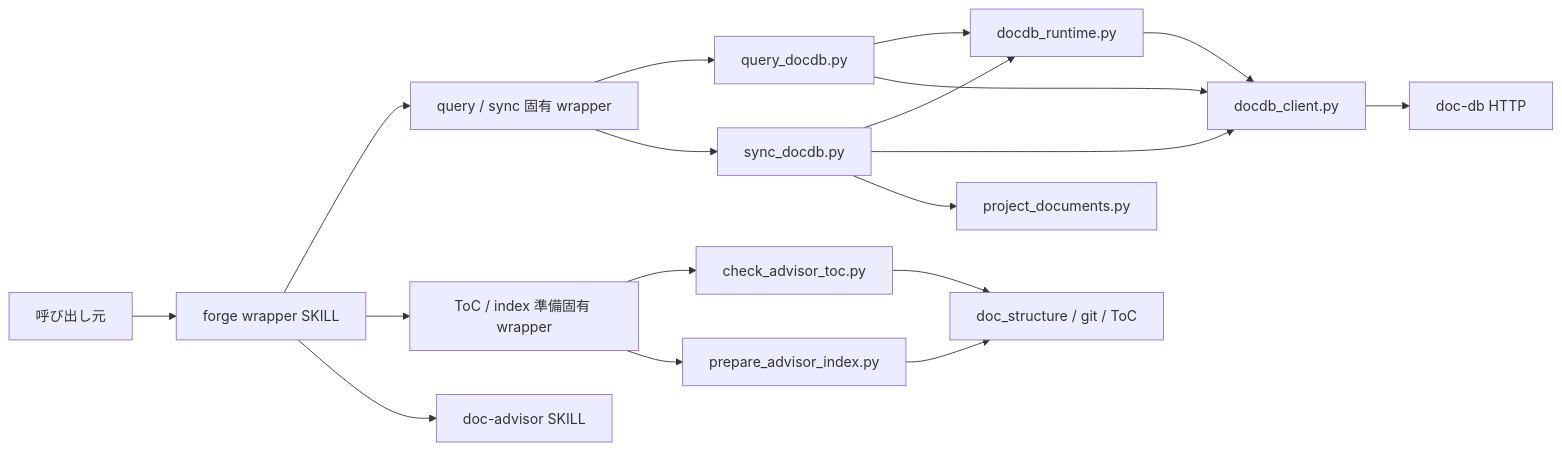
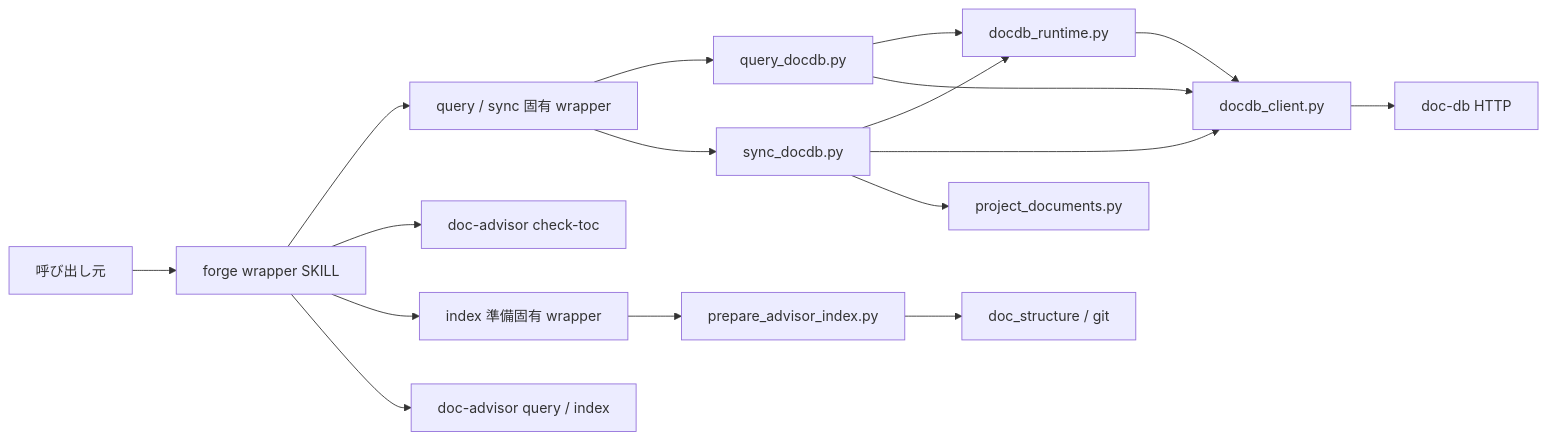
Before and after one commit to BlueEventHorizon/bw-cc-plugins: the first of 3 diagrams in docs/specs/doc-db/design/DES-057_doc_db_backend_selection_design.md, drawn with Mermaid. The commit also changed other lines of this file and 1 other file, not shown here.

Commit message:
docs: delegate ToC freshness check to doc-advisor check-toc

````diff
--- a/docs/specs/doc-db/design/DES-057_doc_db_backend_selection_design.md
+++ b/docs/specs/doc-db/design/DES-057_doc_db_backend_selection_design.md
@@ -88,35 +94,34 @@
 ```mermaid
 flowchart LR
     Caller[呼び出し元]
     Skill[forge wrapper SKILL]
     QueryWrapper[query / sync 固有 wrapper]
-    AdvisorWrapper[ToC / index 準備固有 wrapper]
+    AdvisorWrapper[index 準備固有 wrapper]
     Query[query_docdb.py]
     Sync[sync_docdb.py]
     Runtime[docdb_runtime.py]
     Client[docdb_client.py]
     Docs[project_documents.py]
-    Toc[check_advisor_toc.py]
     Prepare[prepare_advisor_index.py]
     DocDB[doc-db HTTP]
-    Advisor[doc-advisor SKILL]
-    Config[doc_structure / git / ToC]
+    CheckToc[doc-advisor check-toc]
+    Advisor[doc-advisor query / index]
+    Config[doc_structure / git]
 
     Caller --> Skill
     Skill --> QueryWrapper
     QueryWrapper --> Query
     QueryWrapper --> Sync
     Query --> Runtime
     Query --> Client
     Sync --> Runtime
     Sync --> Client
     Sync --> Docs
     Runtime --> Client
     Client --> DocDB
+    Skill --> CheckToc
     Skill --> AdvisorWrapper
-    AdvisorWrapper --> Toc
     AdvisorWrapper --> Prepare
-    Toc --> Config
     Prepare --> Config
     Skill --> Advisor
 ```
````
